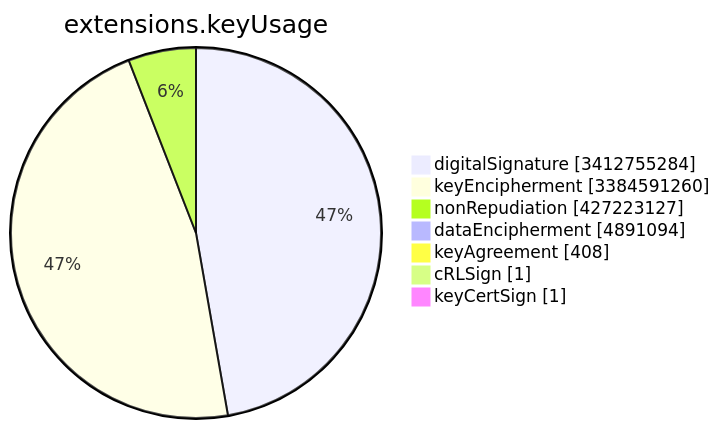
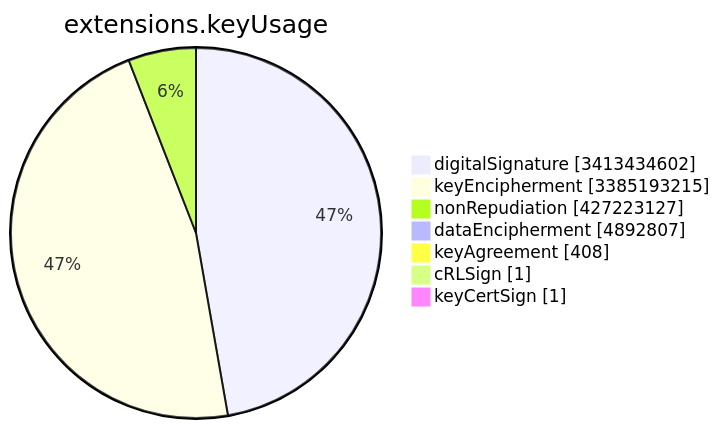
One commit to christiankrug/ctmonitor_visualization changed the sixth of 15 diagrams in TOTAL/README.md. Above: the diagram before and after it, drawn with Mermaid. The commit also changed other lines of this file, not shown here.

````diff
--- a/TOTAL/README.md
+++ b/TOTAL/README.md
@@ -3081,11 +3081,11 @@
 ```mermaid
 pie showData
 title extensions.keyUsage
-"digitalSignature" :3412755284
-"keyEncipherment" :3384591260
+"digitalSignature" :3413434602
+"keyEncipherment" :3385193215
 "nonRepudiation" :427223127
-"dataEncipherment" :4891094
+"dataEncipherment" :4892807
 "keyAgreement" :408
 "cRLSign" :1
 "keyCertSign" :1
 ```
````
